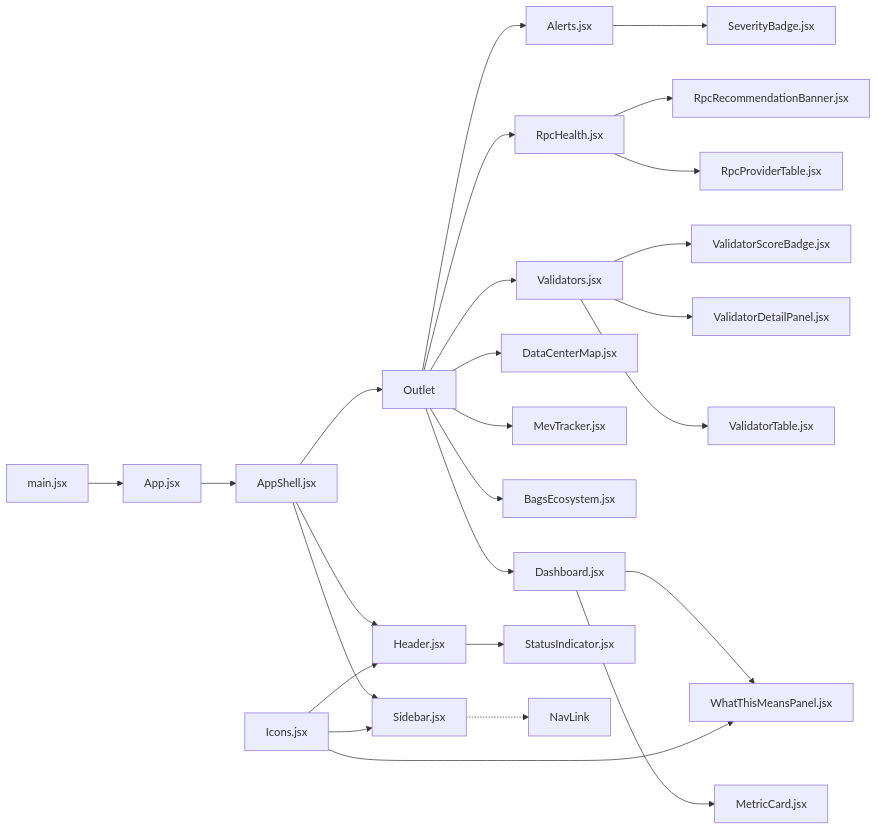
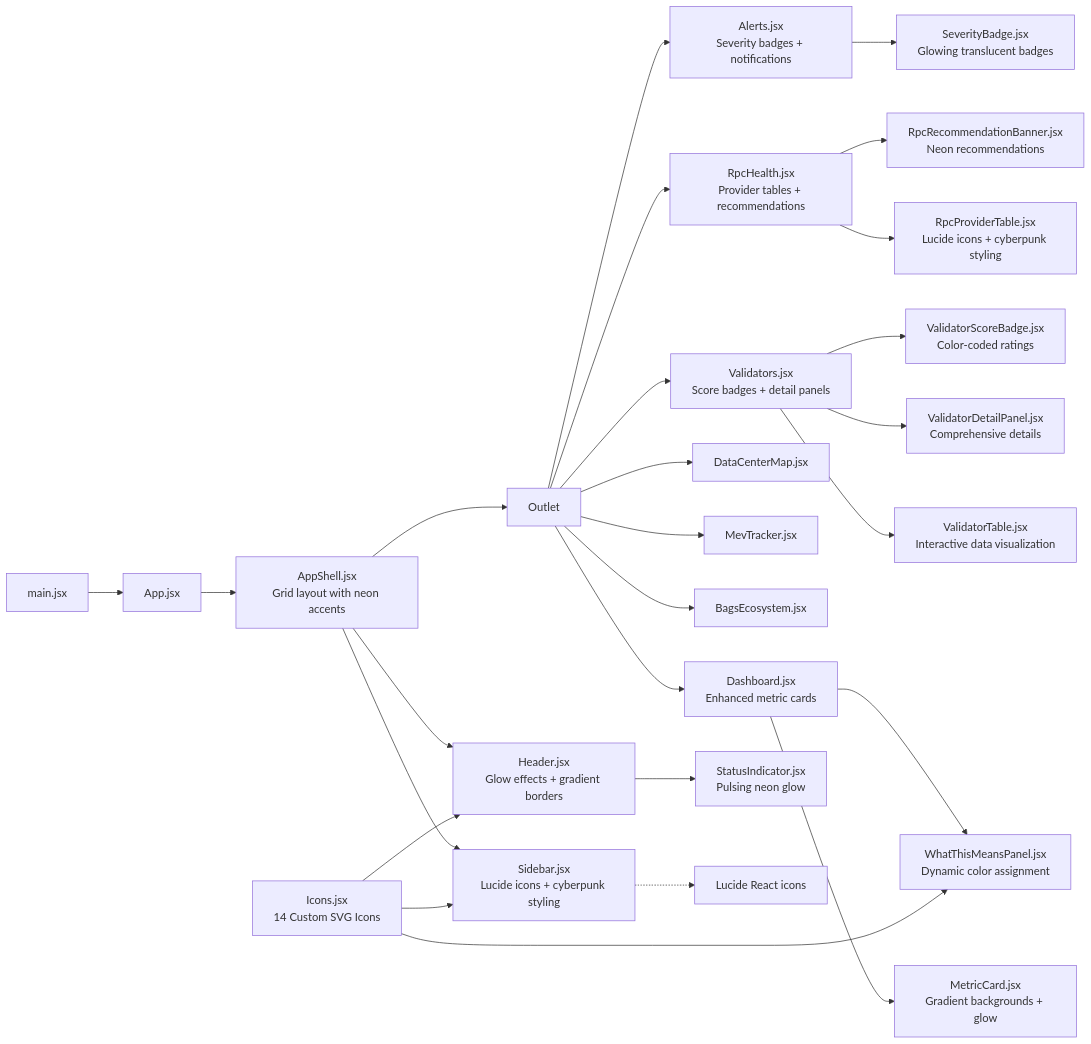
Diagram 19 of 19 in .qoder/repowiki/en/content/Frontend Architecture/Component Architecture.md (RunTimeAdmin/InfraWatch), drawn with Mermaid before and after one commit. The commit also changed other lines of this file and 12 other files, not shown here.

````diff
--- a/.qoder/repowiki/en/content/Frontend Architecture/Component Architecture.md
+++ b/.qoder/repowiki/en/content/Frontend Architecture/Component Architecture.md
@@ -566,28 +634,28 @@
 ```mermaid
 graph LR
 main["main.jsx"] --> app["App.jsx"]
-app --> shell["AppShell.jsx"]
-shell --> sidebar["Sidebar.jsx"]
-shell --> header["Header.jsx"]
+app --> shell["AppShell.jsx<br/>Grid layout with neon accents"]
+shell --> sidebar["Sidebar.jsx<br/>Lucide icons + cyberpunk styling"]
+shell --> header["Header.jsx<br/>Glow effects + gradient borders"]
 shell --> outlet["Outlet"]
-outlet --> dashboard["Dashboard.jsx"]
-outlet --> validators["Validators.jsx"]
-outlet --> rpc["RpcHealth.jsx"]
+outlet --> dashboard["Dashboard.jsx<br/>Enhanced metric cards"]
+outlet --> validators["Validators.jsx<br/>Score badges + detail panels"]
+outlet --> rpc["RpcHealth.jsx<br/>Provider tables + recommendations"]
 outlet --> map["DataCenterMap.jsx"]
 outlet --> mev["MevTracker.jsx"]
 outlet --> bags["BagsEcosystem.jsx"]
-outlet --> alerts["Alerts.jsx"]
-dashboard --> metric["MetricCard.jsx"]
-dashboard --> whatthis["WhatThisMeansPanel.jsx"]
-validators --> vtb["ValidatorTable.jsx"]
-validators --> vdp["ValidatorDetailPanel.jsx"]
-validators --> vsb["ValidatorScoreBadge.jsx"]
-rpc --> rpt["RpcProviderTable.jsx"]
-rpc --> rpb["RpcRecommendationBanner.jsx"]
-alerts --> sbg["SeverityBadge.jsx"]
-header --> si["StatusIndicator.jsx"]
-sidebar -.-> nav["NavLink"]
-icons["Icons.jsx"] --> header
+outlet --> alerts["Alerts.jsx<br/>Severity badges + notifications"]
+dashboard --> metric["MetricCard.jsx<br/>Gradient backgrounds + glow"]
+dashboard --> whatthis["WhatThisMeansPanel.jsx<br/>Dynamic color assignment"]
+validators --> vtb["ValidatorTable.jsx<br/>Interactive data visualization"]
+validators --> vdp["ValidatorDetailPanel.jsx<br/>Comprehensive details"]
+validators --> vsb["ValidatorScoreBadge.jsx<br/>Color-coded ratings"]
+rpc --> rpt["RpcProviderTable.jsx<br/>Lucide icons + cyberpunk styling"]
+rpc --> rpb["RpcRecommendationBanner.jsx<br/>Neon recommendations"]
+alerts --> sbg["SeverityBadge.jsx<br/>Glowing translucent badges"]
+header --> si["StatusIndicator.jsx<br/>Pulsing neon glow"]
+sidebar -.-> nav["Lucide React icons"]
+icons["Icons.jsx<br/>14 Custom SVG Icons"] --> header
 icons --> sidebar
 icons --> whatthis
 ```
````
